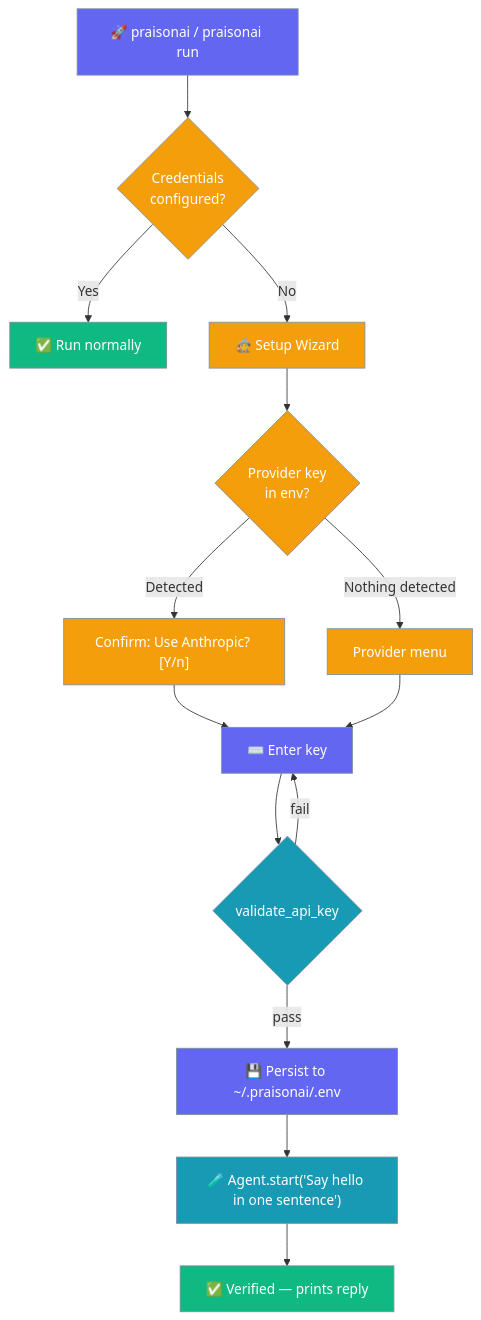
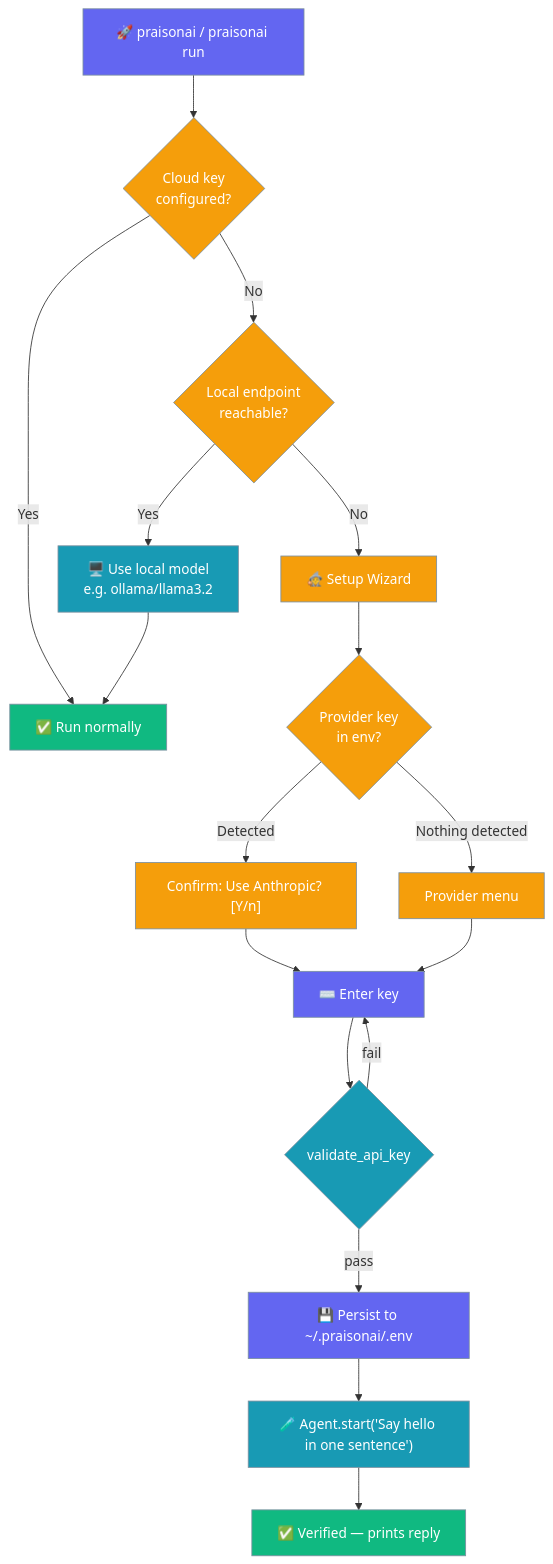
The third of 4 diagrams in docs/features/first-run-onboarding.mdx (MervinPraison/PraisonAIDocs), drawn with Mermaid before and after one commit. The commit also changed other lines of this file and 2 other files, not shown here.

First line of the commit message:
docs: document keyless local-first first run — Ollama auto-detection (fixes #2193)

````diff
--- a/docs/features/first-run-onboarding.mdx
+++ b/docs/features/first-run-onboarding.mdx
@@ -60,32 +60,37 @@
 ```mermaid
 graph TB
-    A[🚀 praisonai / praisonai run] --> B{Credentials<br/>configured?}
+    A[🚀 praisonai / praisonai run] --> B{Cloud key<br/>configured?}
     B -->|Yes| C[✅ Run normally]
-    B -->|No| D[🧙 Setup Wizard]
+    B -->|No| L{Local endpoint<br/>reachable?}
+    L -->|Yes| LM[🖥️ Use local model<br/>e.g. ollama/llama3.2]
+    LM --> C
+    L -->|No| D[🧙 Setup Wizard]
     D --> AD{Provider key<br/>in env?}
     AD -->|Detected| CF["Confirm: Use Anthropic? [Y/n]"]
     AD -->|Nothing detected| MENU[Provider menu]
     CF --> K[⌨️ Enter key]
     MENU --> K
     K --> V{validate_api_key}
     V -->|fail| K
     V -->|pass| P[💾 Persist to ~/.praisonai/.env]
     P --> S["🧪 Agent.start('Say hello in one sentence')"]
     S --> DONE[✅ Verified — prints reply]
 
     classDef start fill:#6366F1,stroke:#7C90A0,color:#fff
     classDef check fill:#F59E0B,stroke:#7C90A0,color:#fff
     classDef success fill:#10B981,stroke:#7C90A0,color:#fff
     classDef validate fill:#189AB4,stroke:#7C90A0,color:#fff
     classDef fail fill:#8B0000,stroke:#7C90A0,color:#fff
     classDef wizard fill:#F59E0B,stroke:#7C90A0,color:#fff
     classDef input fill:#6366F1,stroke:#7C90A0,color:#fff
+    classDef local fill:#189AB4,stroke:#7C90A0,color:#fff
 
     class A start
-    class B,AD check
+    class B,AD,L check
     class C,DONE success
     class D,CF,MENU wizard
     class K,P input
     class V validate
     class S validate
+    class LM local
 ```
````
